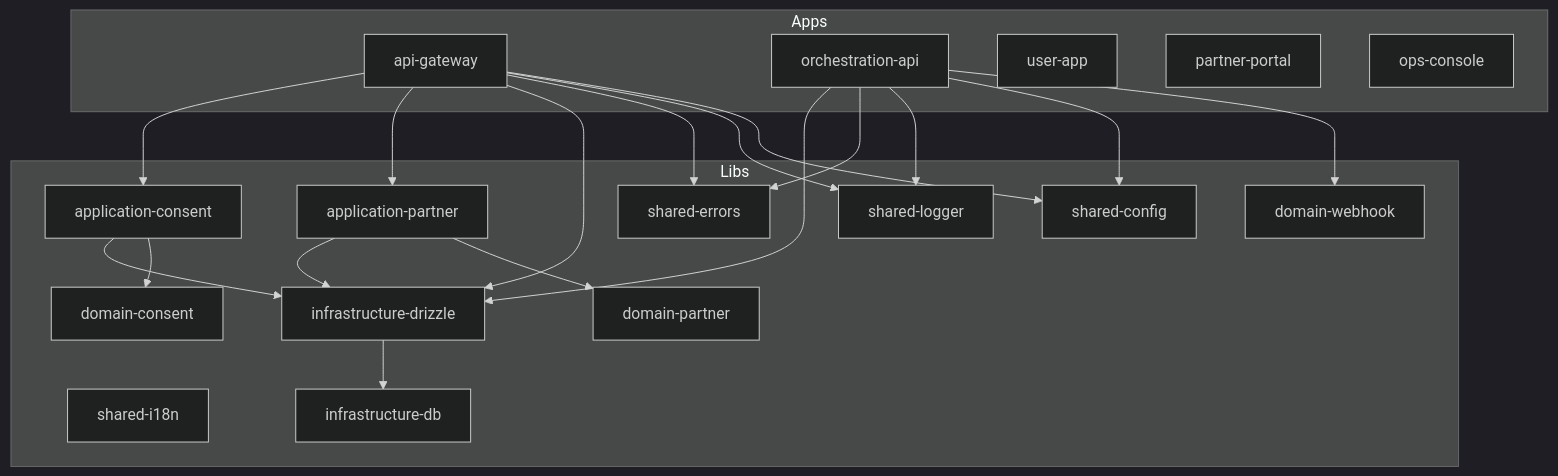
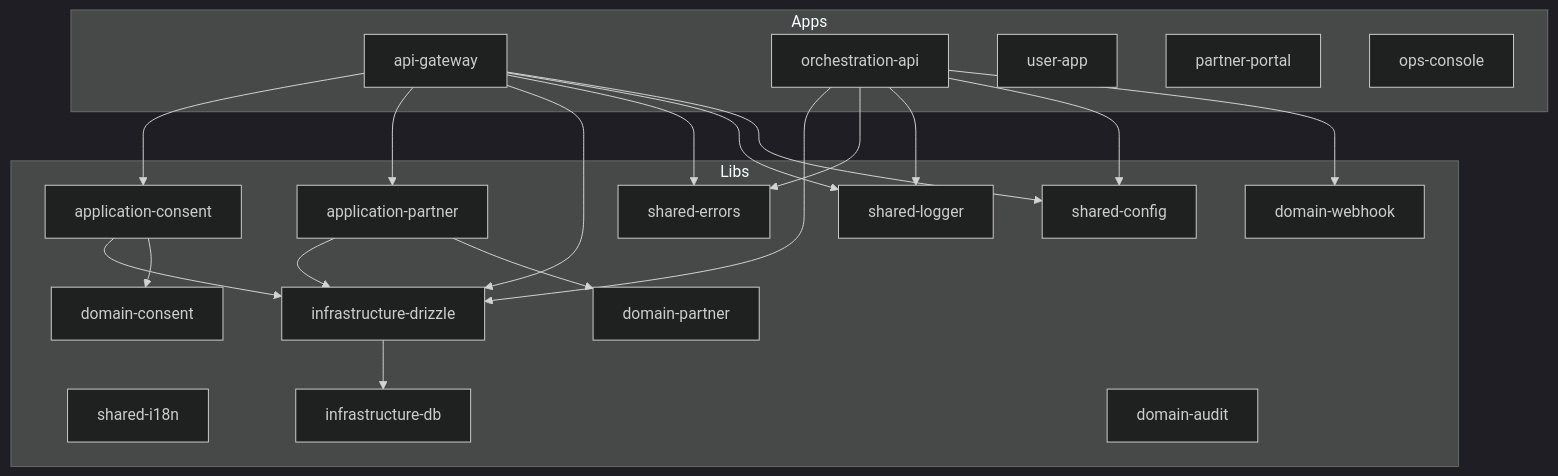
One commit to Yuri-Lima/Ultima-Forma-MVP changed the diagram in docs/architecture.md. Above: the diagram before and after it, drawn with Mermaid (dark theme). The commit also changed other lines of this file and 96 other files, not shown here.

````diff
--- a/docs/architecture.md
+++ b/docs/architecture.md
@@ -5,41 +5,42 @@
 ```mermaid
 flowchart TB
     subgraph apps [Apps]
         apiGW[api-gateway]
         orch[orchestration-api]
         userApp[user-app]
         partner[partner-portal]
         opsConsole[ops-console]
     end
 
     subgraph libs [Libs]
         config[shared-config]
         logger[shared-logger]
         errors[shared-errors]
         i18n[shared-i18n]
         db[infrastructure-db]
         drizzle[infrastructure-drizzle]
         domainPartner[domain-partner]
         appPartner[application-partner]
         domainConsent[domain-consent]
         appConsent[application-consent]
         domainWebhook[domain-webhook]
+        domainAudit[domain-audit]
     end
 
     apiGW --> config
     apiGW --> logger
     apiGW --> errors
     apiGW --> drizzle
     apiGW --> appPartner
     apiGW --> appConsent
     appPartner --> domainPartner
     appPartner --> drizzle
     appConsent --> domainConsent
     appConsent --> drizzle
     orch --> domainWebhook
     orch --> config
     orch --> logger
     orch --> errors
     orch --> drizzle
     drizzle --> db
 ```
````
